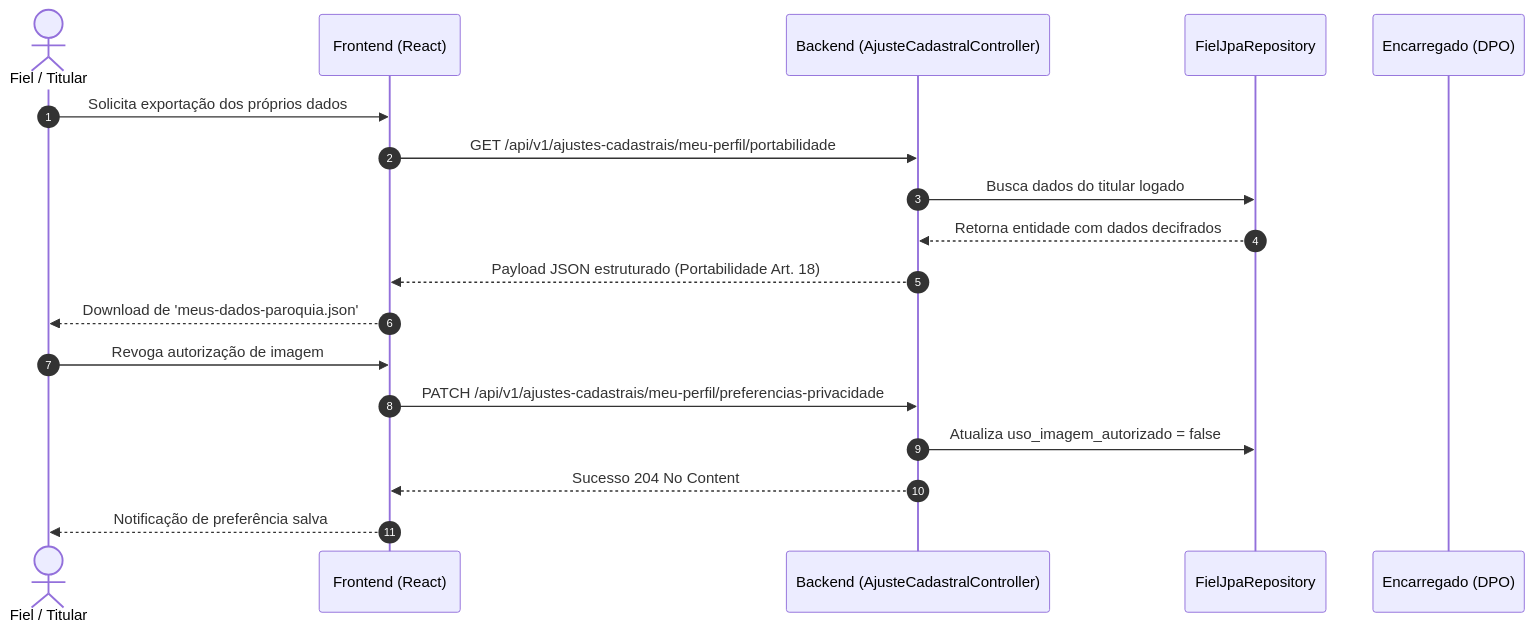
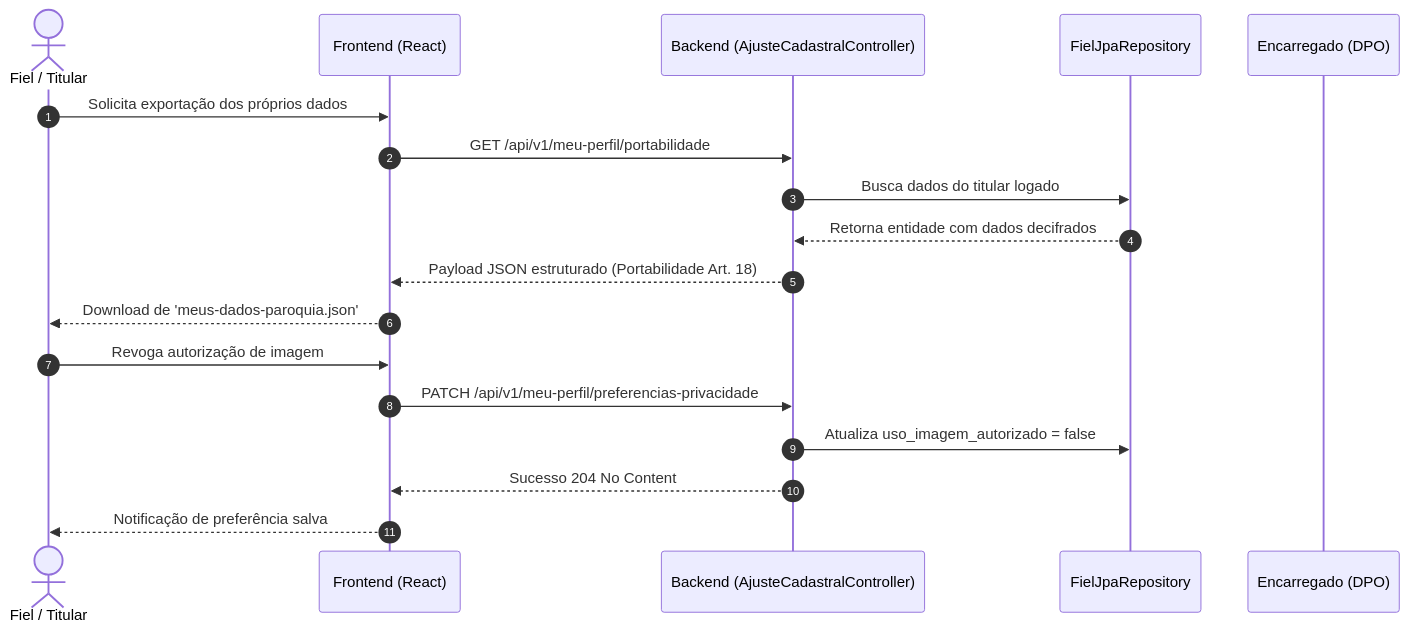
One commit to BrunoLV/paroquia changed the diagram in docs/business-rules/lgpd.md. Above: the diagram before and after it, drawn with Mermaid. The commit also changed other lines of this file and 29 other files, not shown here.

````diff
--- a/docs/business-rules/lgpd.md
+++ b/docs/business-rules/lgpd.md
@@ -104,22 +104,22 @@
 ```mermaid
 sequenceDiagram
     autonumber
     actor Titular as Fiel / Titular
     participant UI as Frontend (React)
     participant API as Backend (AjusteCadastralController)
     participant FielRepo as FielJpaRepository
     participant DPO as Encarregado (DPO)
 
     Titular->>UI: Solicita exportação dos próprios dados
-    UI->>API: GET /api/v1/ajustes-cadastrais/meu-perfil/portabilidade
+    UI->>API: GET /api/v1/meu-perfil/portabilidade
     API->>FielRepo: Busca dados do titular logado
     FielRepo-->>API: Retorna entidade com dados decifrados
     API-->>UI: Payload JSON estruturado (Portabilidade Art. 18)
     UI-->>Titular: Download de 'meus-dados-paroquia.json'
 
     Titular->>UI: Revoga autorização de imagem
-    UI->>API: PATCH /api/v1/ajustes-cadastrais/meu-perfil/preferencias-privacidade
+    UI->>API: PATCH /api/v1/meu-perfil/preferencias-privacidade
     API->>FielRepo: Atualiza uso_imagem_autorizado = false
     API-->>UI: Sucesso 204 No Content
     UI-->>Titular: Notificação de preferência salva
 ```
````
